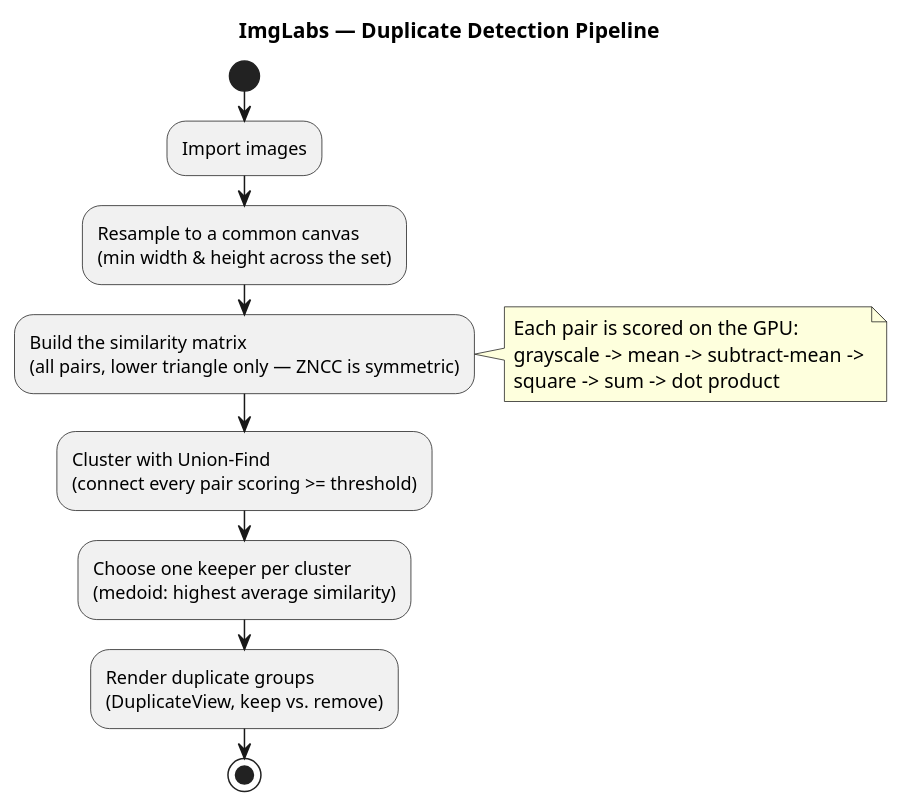
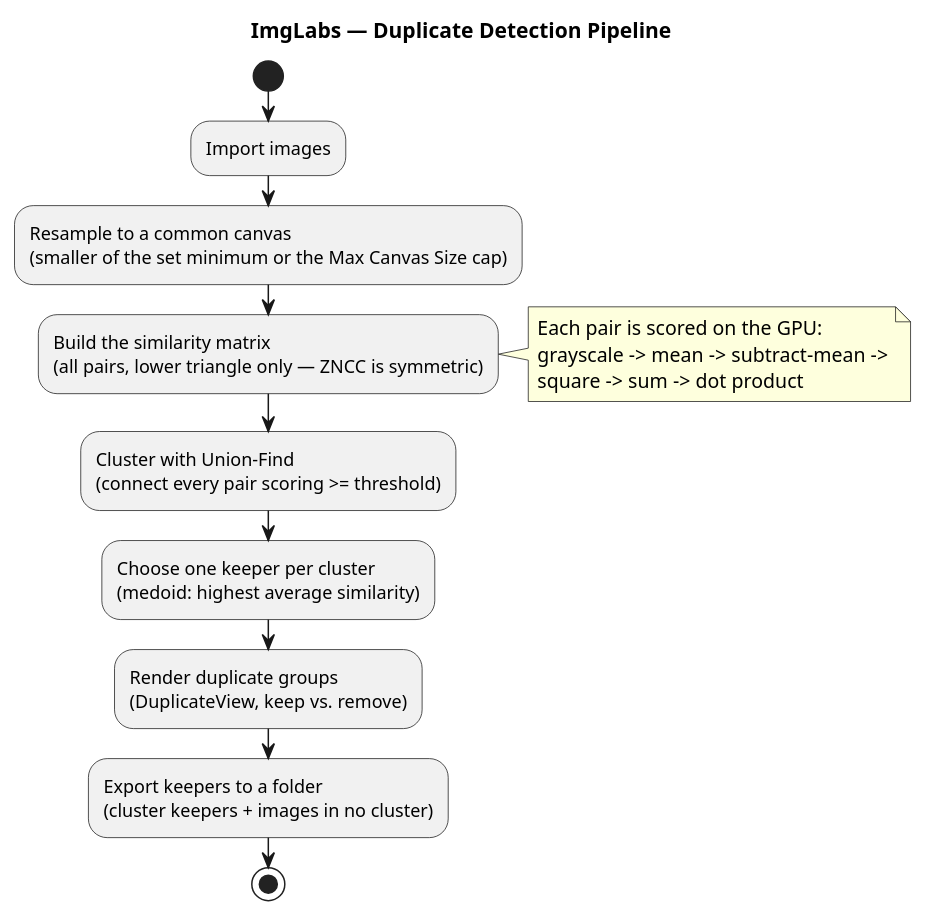
Before and after one commit to davislenover/ImgLabs: the diagram in ImgLabs/Diagrams/Pipeline/duplicatePipeline.puml, drawn with PlantUML. The commit also changed 4 other files, not shown here.

Commit message:
Updated documentation with app screenshot, included blurb about max canvas size, updated macOS requirements

```diff
--- a/ImgLabs/Diagrams/Pipeline/duplicatePipeline.puml
+++ b/ImgLabs/Diagrams/Pipeline/duplicatePipeline.puml
@@ -1,25 +1,26 @@
 @startuml
 
 ' The end-to-end flow that turns a folder of images into reviewable duplicate groups
 ' The per-pair ZNCC score is computed on the GPU; the clustering and keeper selection
 ' run on the CPU over the resulting similarity matrix
 
 title ImgLabs — Duplicate Detection Pipeline
 
 skinparam shadowing false
 
 start
 :Import images;
-:Resample to a common canvas\n(min width & height across the set);
+:Resample to a common canvas\n(smaller of the set minimum or the Max Canvas Size cap);
 :Build the similarity matrix\n(all pairs, lower triangle only — ZNCC is symmetric);
 note right
   Each pair is scored on the GPU:
   grayscale -> mean -> subtract-mean ->
   square -> sum -> dot product
 end note
 :Cluster with Union-Find\n(connect every pair scoring >= threshold);
 :Choose one keeper per cluster\n(medoid: highest average similarity);
 :Render duplicate groups\n(DuplicateView, keep vs. remove);
+:Export keepers to a folder\n(cluster keepers + images in no cluster);
 stop
 
 @enduml
```
